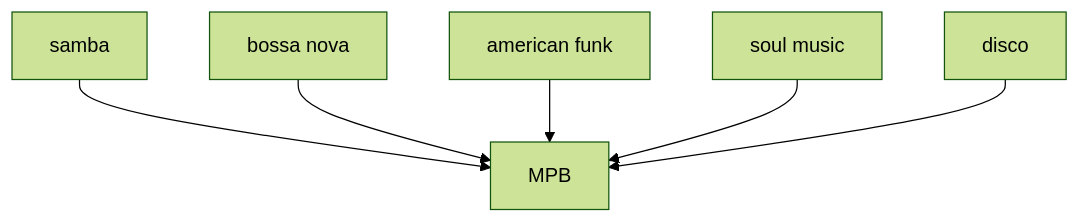
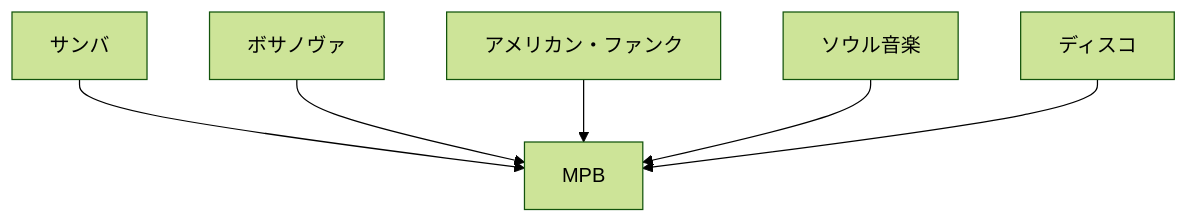
Before and after one commit to monumental-movement/monumental-movement.github.io: the first of 4 diagrams in en/_posts/2025-11-30-column-brazilian-boogie-mpb.md, drawn with Mermaid (forest theme). The commit also changed other lines of this file and 2196 other files, not shown here.

```diff
--- a/en/_posts/2025-11-30-column-brazilian-boogie-mpb.md
+++ b/en/_posts/2025-11-30-column-brazilian-boogie-mpb.md
@@ -46,8 +46,8 @@
 <div class="mermaid">
 graph TD
-    SB[samba] --> MPB[MPB]
-    BN[bossa nova] --> MPB
-    FUNK[american funk] --> MPB
-    SOUL[soul music] --> MPB
-    DISCO[disco] --> MPB
+    SB[サンバ] --> MPB[MPB]
+    BN[ボサノヴァ] --> MPB
+    FUNK[アメリカン・ファンク] --> MPB
+    SOUL[ソウル音楽] --> MPB
+    DISCO[ディスコ] --> MPB
 </div>
```
